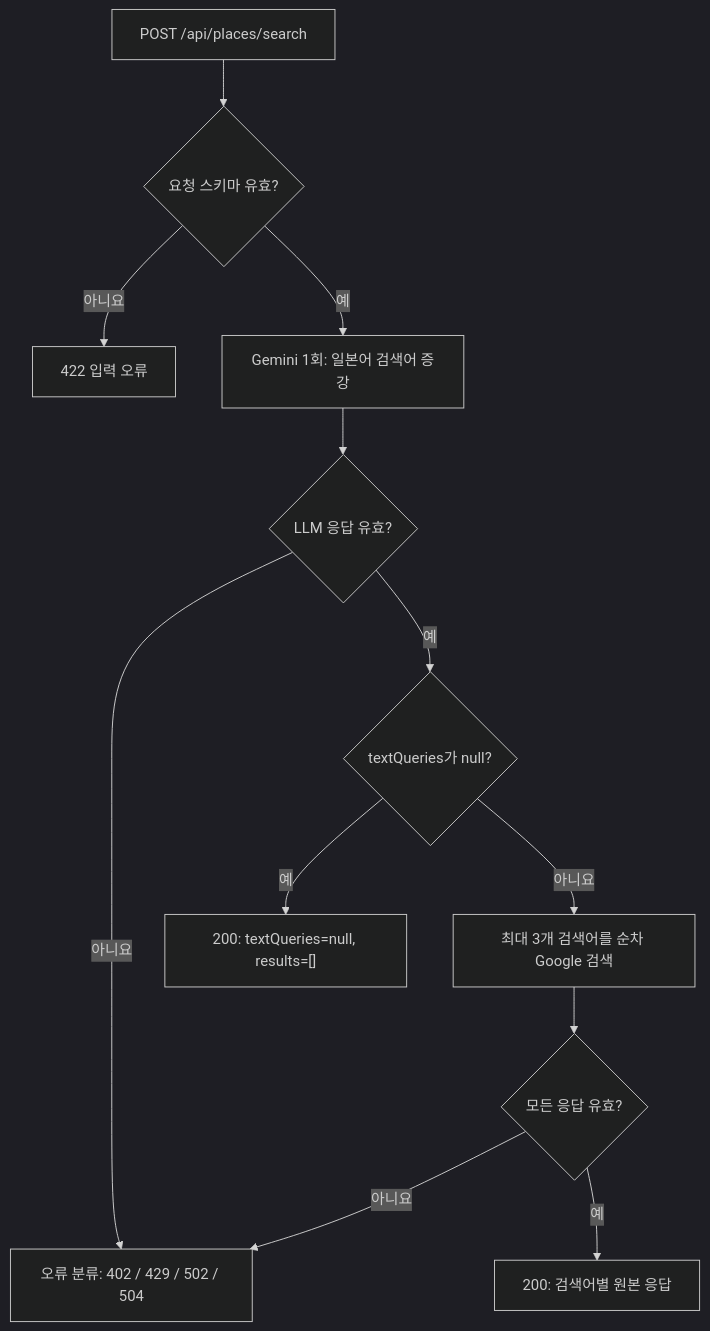
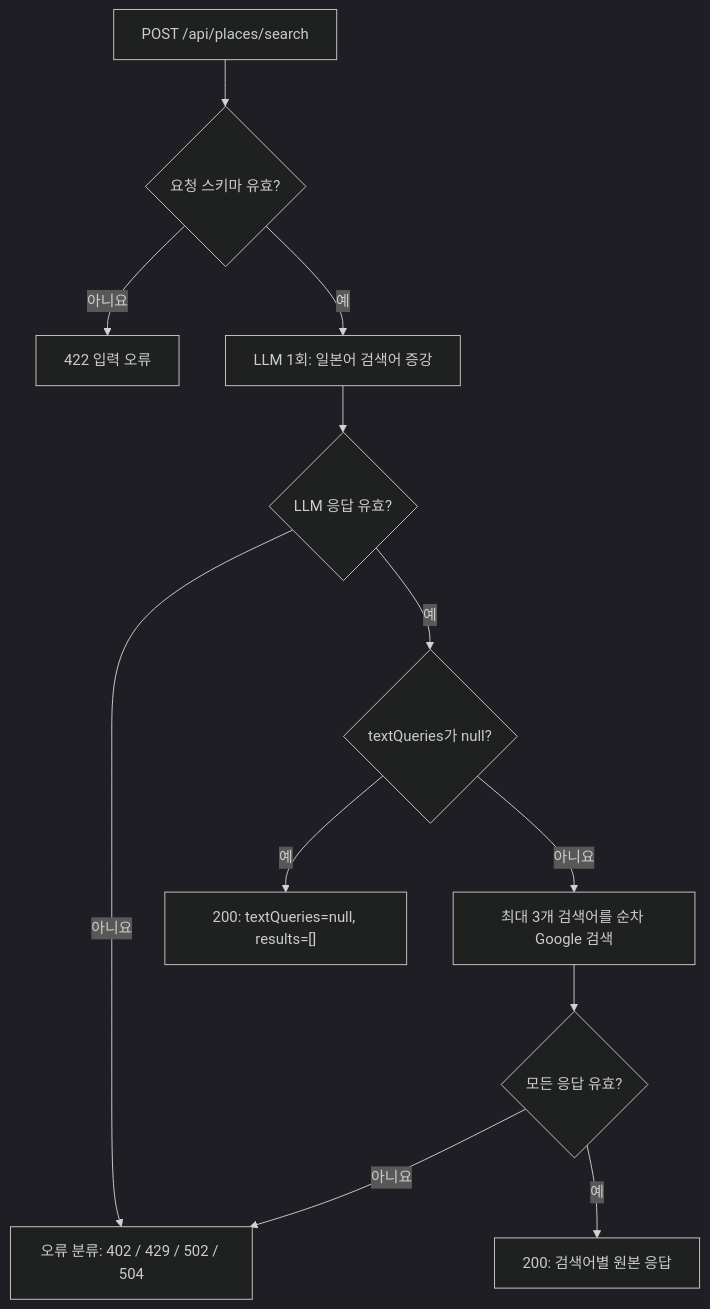
One commit to KimTaeYun02/JPass-Opt changed the diagram in backend/docs/text_search.md. Above: the diagram before and after it, drawn with Mermaid (dark theme). The commit also changed other lines of this file and 19 other files, not shown here.

````diff
--- a/backend/docs/text_search.md
+++ b/backend/docs/text_search.md
@@ -264,14 +264,14 @@
 ```mermaid
 flowchart TD
     A["POST /api/places/search"] --> B{"요청 스키마 유효?"}
     B -- 아니요 --> E422["422 입력 오류"]
-    B -- 예 --> D["Gemini 1회: 일본어 검색어 증강"]
+    B -- 예 --> D["LLM 1회: 일본어 검색어 증강"]
     D --> V{"LLM 응답 유효?"}
     V -- 아니요 --> E["오류 분류: 402 / 429 / 502 / 504"]
     V -- 예 --> N{"textQueries가 null?"}
     N -- 예 --> Z["200: textQueries=null, results=[]"]
     N -- 아니요 --> Q["최대 3개 검색어를 순차 Google 검색"]
     Q --> G{"모든 응답 유효?"}
     G -- 아니요 --> E
     G -- 예 --> OK["200: 검색어별 원본 응답"]
 ```
````
